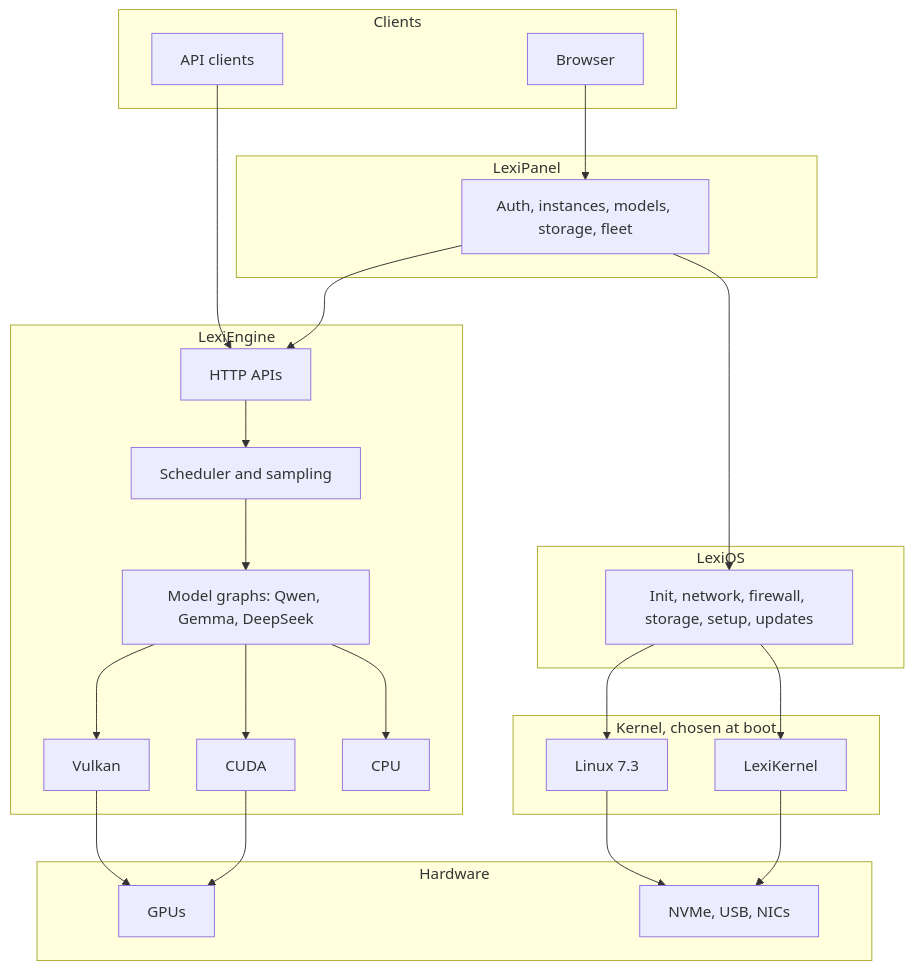
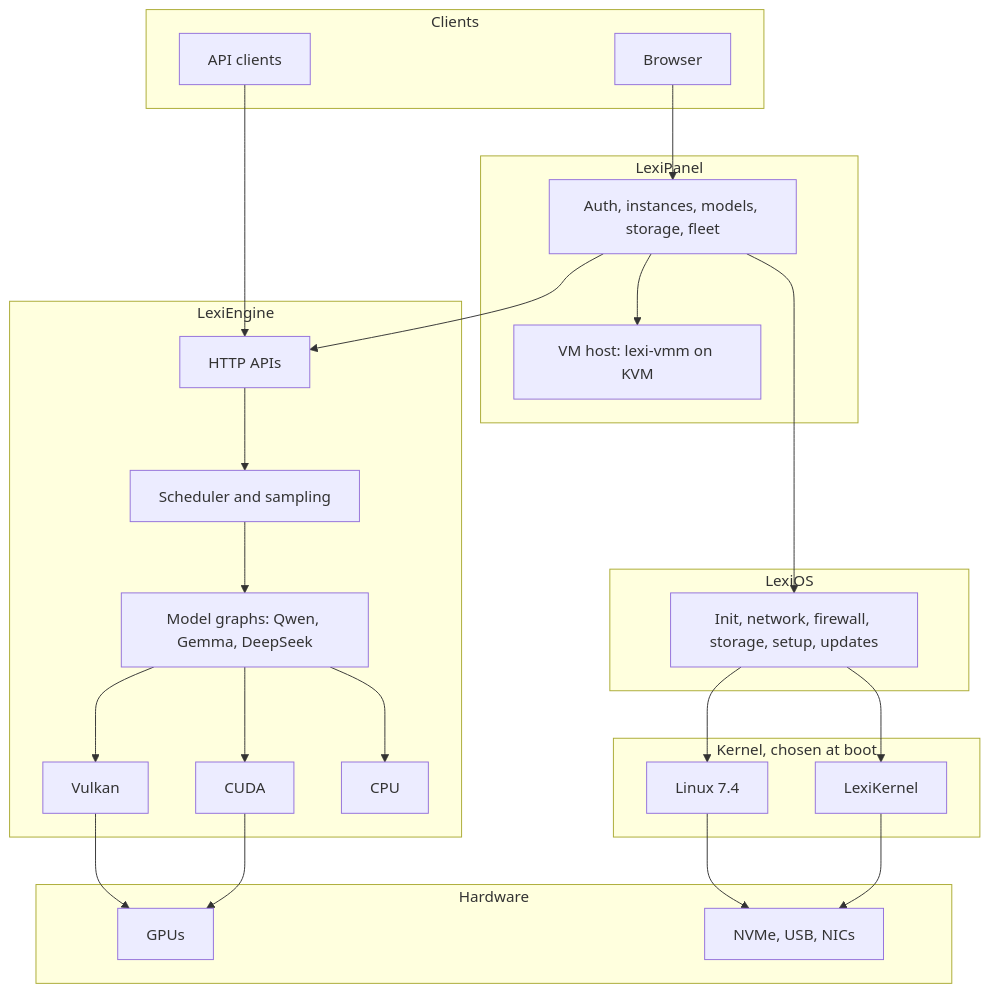
One commit to W61k3r/LexiSuite-Releases changed the diagram in README.md. Above: the diagram before and after it, drawn with Mermaid. The commit also changed other lines of this file, not shown here.

````diff
--- a/README.md
+++ b/README.md
@@ -59,44 +170,46 @@
 ```mermaid
 flowchart TB
     subgraph clients [Clients]
         B[Browser]
         A[API clients]
     end
 
     subgraph panel [LexiPanel]
         P[Auth, instances, models, storage, fleet]
+        VM[VM host: lexi-vmm on KVM]
     end
 
     subgraph engine [LexiEngine]
         H[HTTP APIs]
         S[Scheduler and sampling]
         M[Model graphs: Qwen, Gemma, DeepSeek]
         V[Vulkan]
         C[CUDA]
         U[CPU]
     end
 
     subgraph os [LexiOS]
         O[Init, network, firewall, storage, setup, updates]
     end
 
     subgraph kernels [Kernel, chosen at boot]
-        L[Linux 7.3]
+        L[Linux 7.4]
         K[LexiKernel]
     end
 
     subgraph hw [Hardware]
         G[GPUs]
         N[NVMe, USB, NICs]
     end
 
     B --> P
     A --> H
     P --> H
     H --> S --> M
     M --> V & C & U
     P --> O
+    P --> VM
     O --> L & K
     V & C --> G
     L & K --> N
 ```
````
